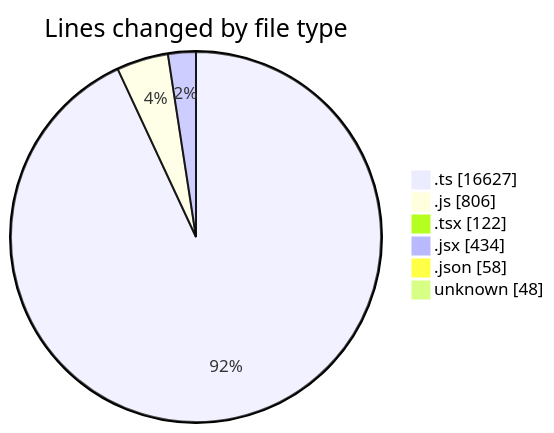
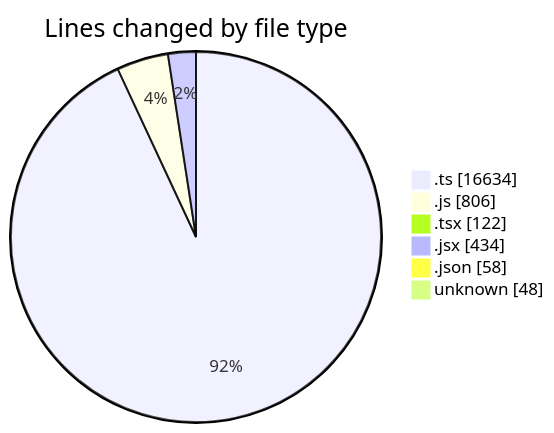
One commit to momahboobian/code-tracking changed the first of 2 diagrams in 2025-11-12/cda/README.md. Above: the diagram before and after it, drawn with Mermaid. The commit also changed other lines of this file and 1 other file, not shown here.

````diff
--- a/2025-11-12/cda/README.md
+++ b/2025-11-12/cda/README.md
@@ -35,10 +35,10 @@
 ```mermaid
 pie showData
 title Lines changed by file type
-".ts" : 16627
+".ts" : 16634
 ".js" : 806
 ".tsx" : 122
 ".jsx" : 434
 ".json" : 58
 "unknown" : 48
 ```
````
